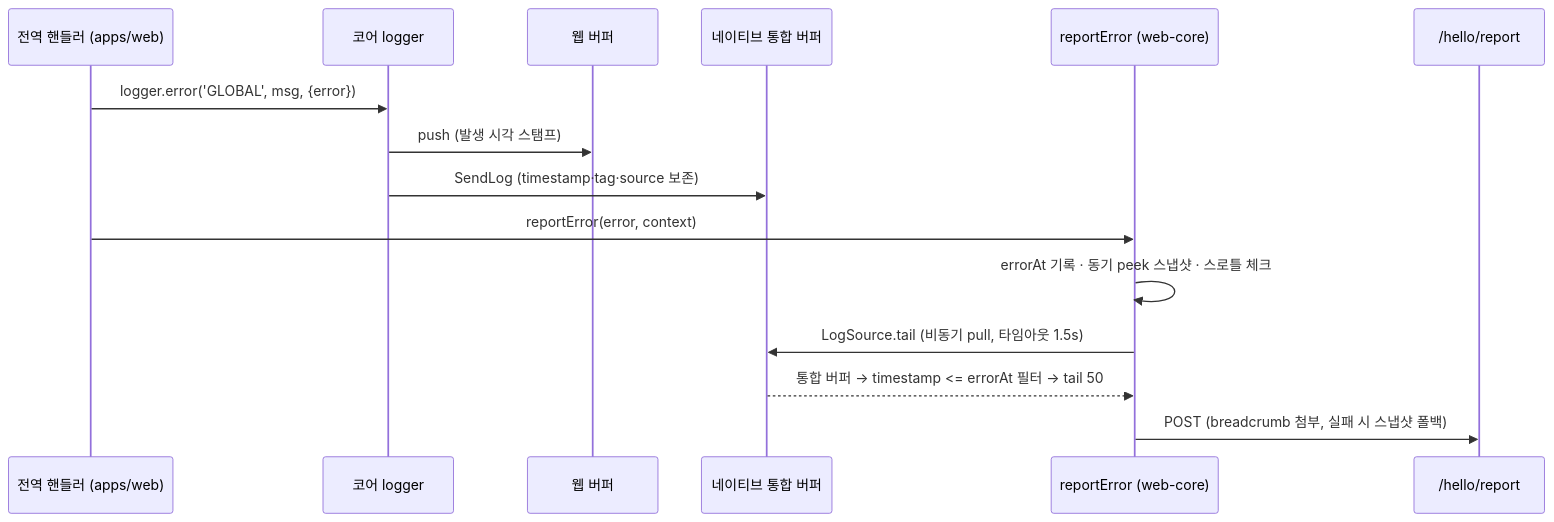
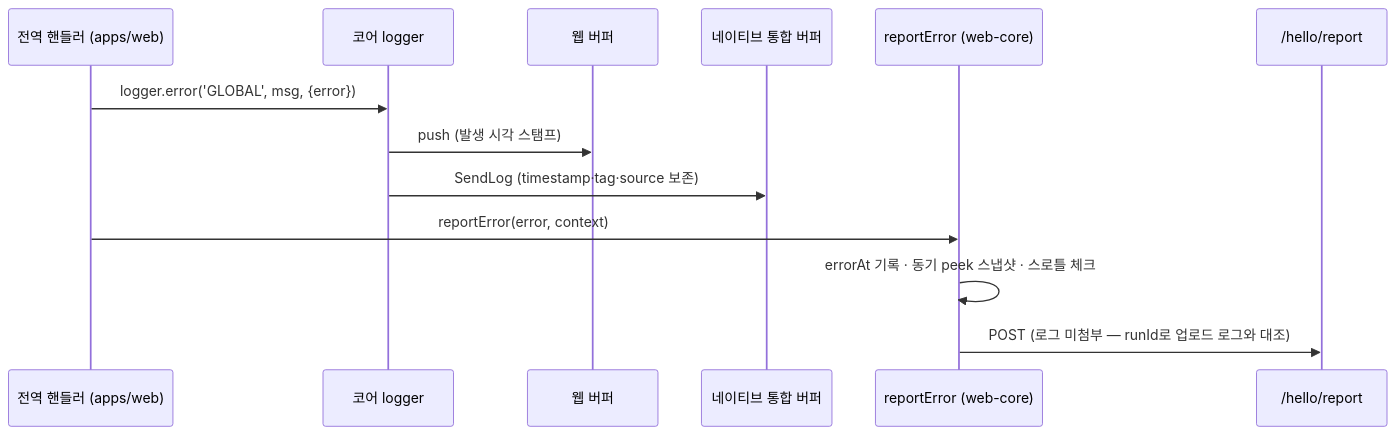
One commit to lemoncloud-io/dou-app changed the fourth of 6 diagrams in libs/logger/docs/architecture.md. Above: the diagram before and after it, drawn with Mermaid. The commit also changed other lines of this file and 144 other files, not shown here.

````diff
--- a/libs/logger/docs/architecture.md
+++ b/libs/logger/docs/architecture.md
@@ -121,18 +254,16 @@
 ```mermaid
 sequenceDiagram
     participant H as 전역 핸들러 (apps/web)
     participant L as 코어 logger
     participant B as 웹 버퍼
     participant N as 네이티브 통합 버퍼
     participant R as reportError (web-core)
     participant S as /hello/report
 
     H->>L: logger.error('GLOBAL', msg, {error})
     L->>B: push (발생 시각 스탬프)
     L->>N: SendLog (timestamp·tag·source 보존)
     H->>R: reportError(error, context)
     R->>R: errorAt 기록 · 동기 peek 스냅샷 · 스로틀 체크
-    R->>N: LogSource.tail (비동기 pull, 타임아웃 1.5s)
-    N-->>R: 통합 버퍼 → timestamp <= errorAt 필터 → tail 50
-    R->>S: POST (breadcrumb 첨부, 실패 시 스냅샷 폴백)
+    R->>S: POST (로그 미첨부 — runId로 업로드 로그와 대조)
 ```
````
